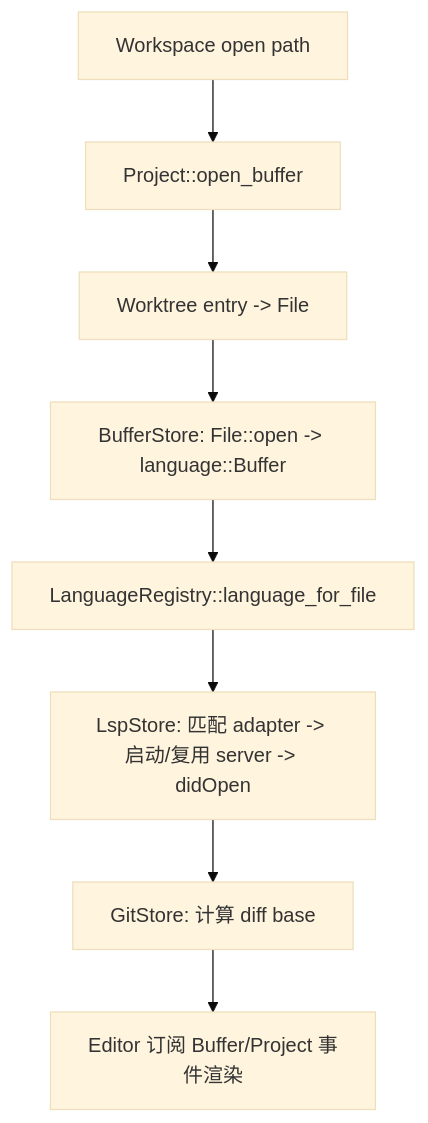
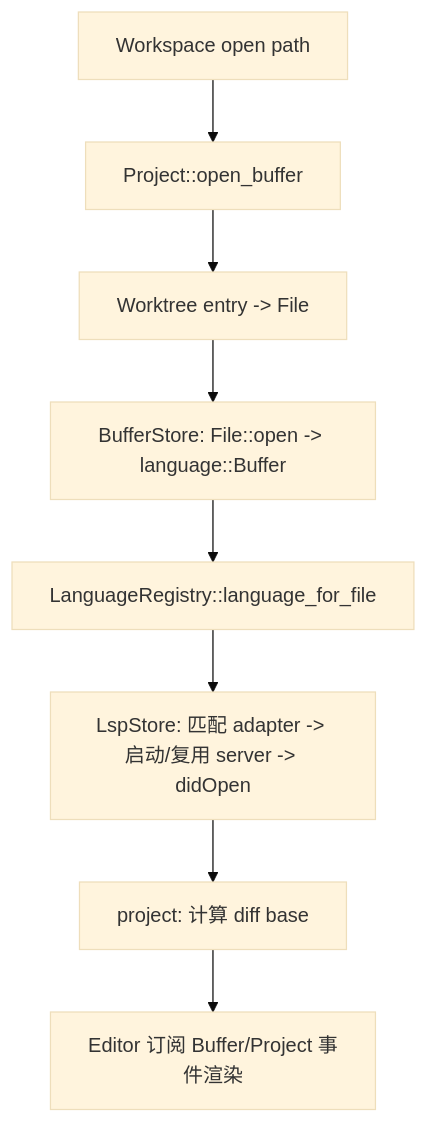
One commit to rzhangjing/zed changed the diagram in wiki/Project-Deep-Dive.md. Above: the diagram before and after it, drawn with Mermaid (base theme). The commit also changed other lines of this file and 275 other files, not shown here.

````diff
--- a/wiki/Project-Deep-Dive.md
+++ b/wiki/Project-Deep-Dive.md
@@ -85,10 +82,10 @@
 ```mermaid
 graph TB
     A[Workspace open path] --> B[Project::open_buffer]
     B --> C[Worktree entry -> File]
     C --> D[BufferStore: File::open -> language::Buffer]
     D --> E[LanguageRegistry::language_for_file]
     E --> F[LspStore: 匹配 adapter -> 启动/复用 server -> didOpen]
-    F --> G[GitStore: 计算 diff base]
+    F --> G[project: 计算 diff base]
     G --> H[Editor 订阅 Buffer/Project 事件渲染]
 ```
````
